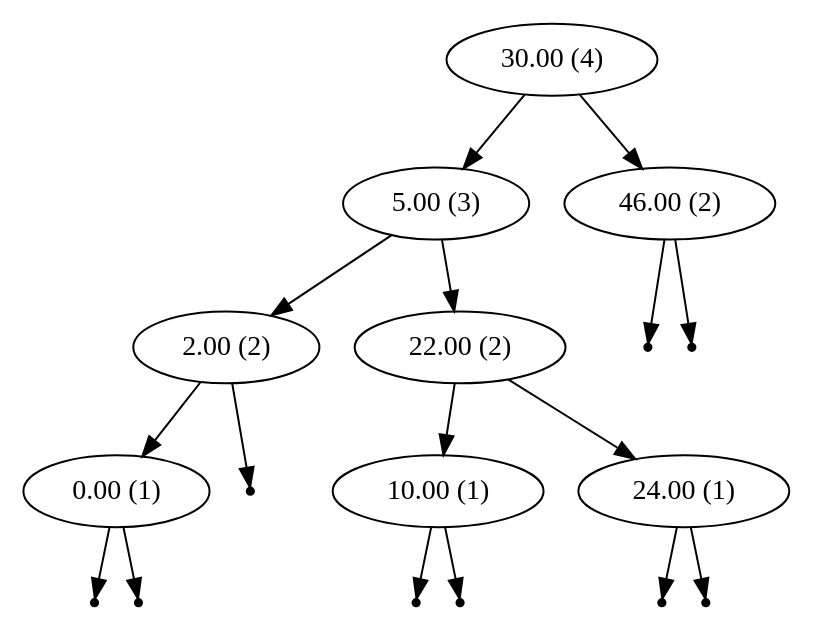
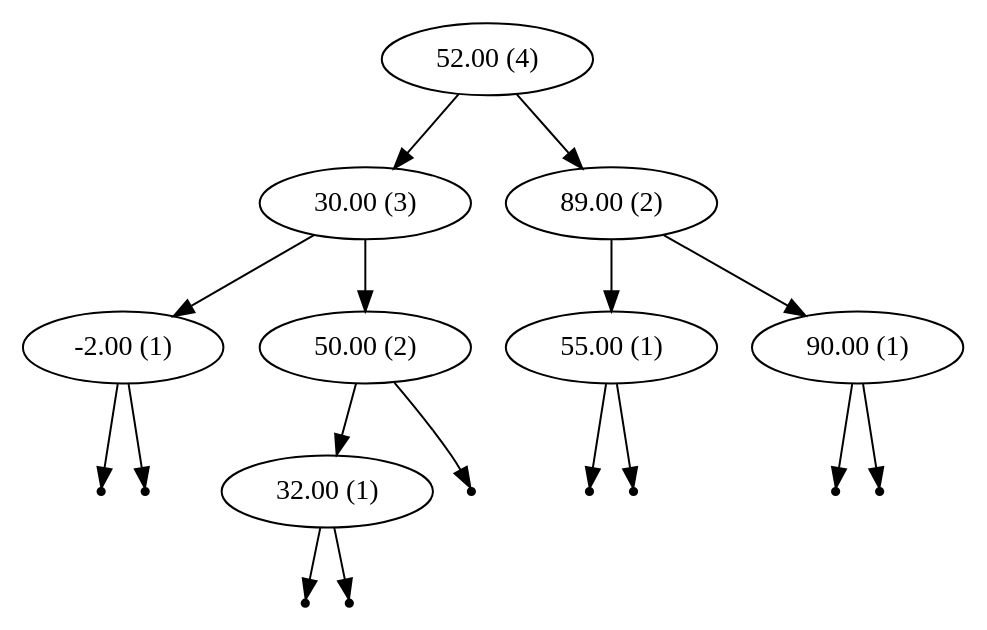
The diagram in AVL_Trees/graph.dot (cerdogan/Job), drawn with Graphviz before and after one commit. The commit also changed 3 other files, not shown here.

```diff
--- a/AVL_Trees/graph.dot
+++ b/AVL_Trees/graph.dot
@@ -1,29 +1,29 @@
 digraph {
 graph [ordering="out"]
-"30.00 (4)"
-"30.00 (4)" -> "5.00 (3)"
-"5.00 (3)" -> "2.00 (2)"
-"2.00 (2)" -> "0.00 (1)"
-"null0.00-0" [shape=point];
-"0.00 (1)" -> "null0.00-0";
-"null0.00-1" [shape=point];
-"0.00 (1)" -> "null0.00-1";
-"null2.00-1" [shape=point];
-"2.00 (2)" -> "null2.00-1";
-"5.00 (3)" -> "22.00 (2)"
-"22.00 (2)" -> "10.00 (1)"
-"null10.00-0" [shape=point];
-"10.00 (1)" -> "null10.00-0";
-"null10.00-1" [shape=point];
-"10.00 (1)" -> "null10.00-1";
-"22.00 (2)" -> "24.00 (1)"
-"null24.00-0" [shape=point];
-"24.00 (1)" -> "null24.00-0";
-"null24.00-1" [shape=point];
-"24.00 (1)" -> "null24.00-1";
-"30.00 (4)" -> "46.00 (2)"
-"null46.00-0" [shape=point];
-"46.00 (2)" -> "null46.00-0";
-"null46.00-1" [shape=point];
-"46.00 (2)" -> "null46.00-1";
+"52.00 (4)"
+"52.00 (4)" -> "30.00 (3)"
+"30.00 (3)" -> "-2.00 (1)"
+"null-2.00-0" [shape=point];
+"-2.00 (1)" -> "null-2.00-0";
+"null-2.00-1" [shape=point];
+"-2.00 (1)" -> "null-2.00-1";
+"30.00 (3)" -> "50.00 (2)"
+"50.00 (2)" -> "32.00 (1)"
+"null32.00-0" [shape=point];
+"32.00 (1)" -> "null32.00-0";
+"null32.00-1" [shape=point];
+"32.00 (1)" -> "null32.00-1";
+"null50.00-1" [shape=point];
+"50.00 (2)" -> "null50.00-1";
+"52.00 (4)" -> "89.00 (2)"
+"89.00 (2)" -> "55.00 (1)"
+"null55.00-0" [shape=point];
+"55.00 (1)" -> "null55.00-0";
+"null55.00-1" [shape=point];
+"55.00 (1)" -> "null55.00-1";
+"89.00 (2)" -> "90.00 (1)"
+"null90.00-0" [shape=point];
+"90.00 (1)" -> "null90.00-0";
+"null90.00-1" [shape=point];
+"90.00 (1)" -> "null90.00-1";
 }
```
